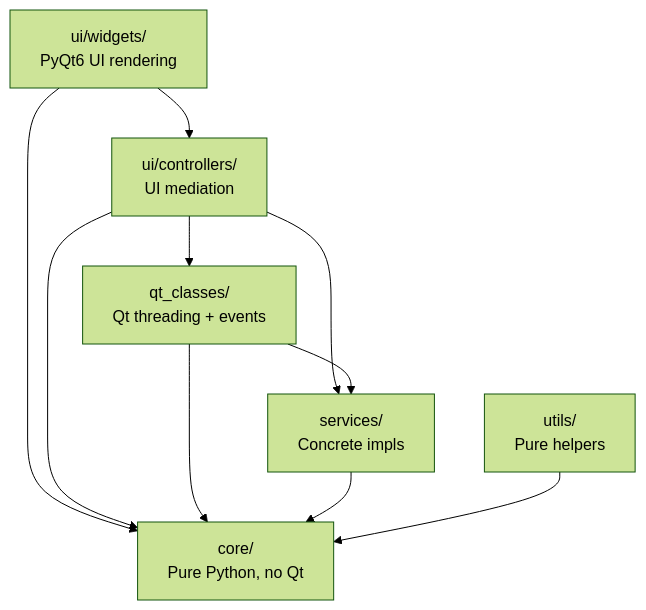
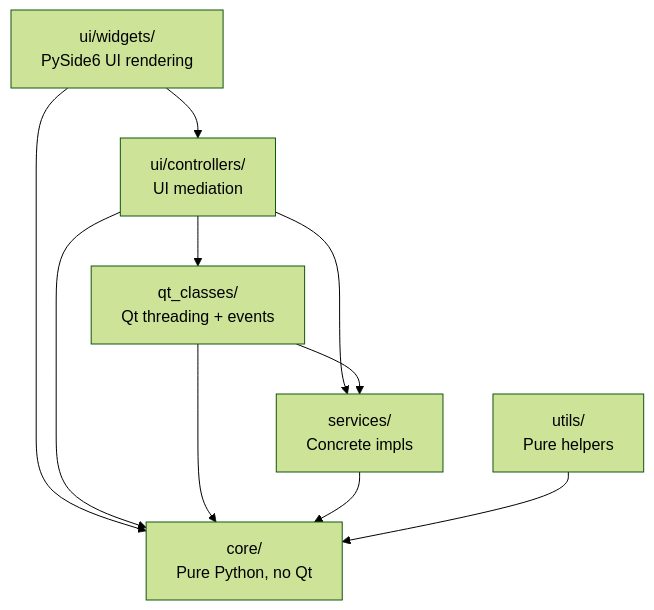
The second of 4 diagrams in docs/architecture.md (sanyokkua/ollama_llm_bench), drawn with Mermaid (forest theme) before and after one commit. The commit also changed other lines of this file and 61 other files, not shown here.

````diff
--- a/docs/architecture.md
+++ b/docs/architecture.md
@@ -33,19 +33,19 @@
 ```mermaid
 flowchart TD
-    widgets["ui/widgets/<br/>PyQt6 UI rendering"]
+    widgets["ui/widgets/<br/>PySide6 UI rendering"]
     controllers["ui/controllers/<br/>UI mediation"]
     qt["qt_classes/<br/>Qt threading + events"]
     services["services/<br/>Concrete impls"]
     core["core/<br/>Pure Python, no Qt"]
     utils["utils/<br/>Pure helpers"]
 
     widgets --> controllers
     widgets --> core
     controllers --> qt
     controllers --> services
     controllers --> core
     qt --> services
     qt --> core
     services --> core
     utils --> core
 ```
````
